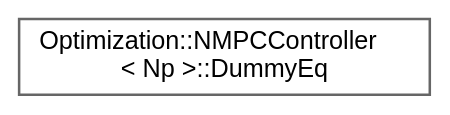
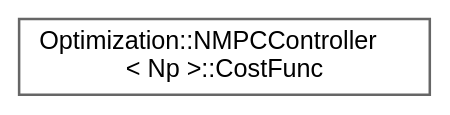
The diagram in inherit_graph_38.dot (jswoo0615/Algorithms_for_Optimization_cpp), drawn with Graphviz before and after one commit. The commit also changed 78 other files, not shown here.

```diff
--- a/inherit_graph_38.dot
+++ b/inherit_graph_38.dot
@@ -1,9 +1,9 @@
 digraph "Graphical Class Hierarchy"
 {
  // LATEX_PDF_SIZE
   bgcolor="transparent";
   edge [fontname=Helvetica,fontsize=10,labelfontname=Helvetica,labelfontsize=10];
   node [fontname=Helvetica,fontsize=10,shape=box,height=0.2,width=0.4];
   rankdir="LR";
-  Node0 [id="Node000000",label="Optimization::NMPCController\l\< Np \>::DummyEq",height=0.2,width=0.4,color="grey40", fillcolor="white", style="filled",URL="$structOptimization_1_1NMPCController_1_1DummyEq.html",tooltip=" "];
+  Node0 [id="Node000000",label="Optimization::NMPCController\l\< Np \>::CostFunc",height=0.2,width=0.4,color="grey40", fillcolor="white", style="filled",URL="$structOptimization_1_1NMPCController_1_1CostFunc.html",tooltip=" "];
 }
```
